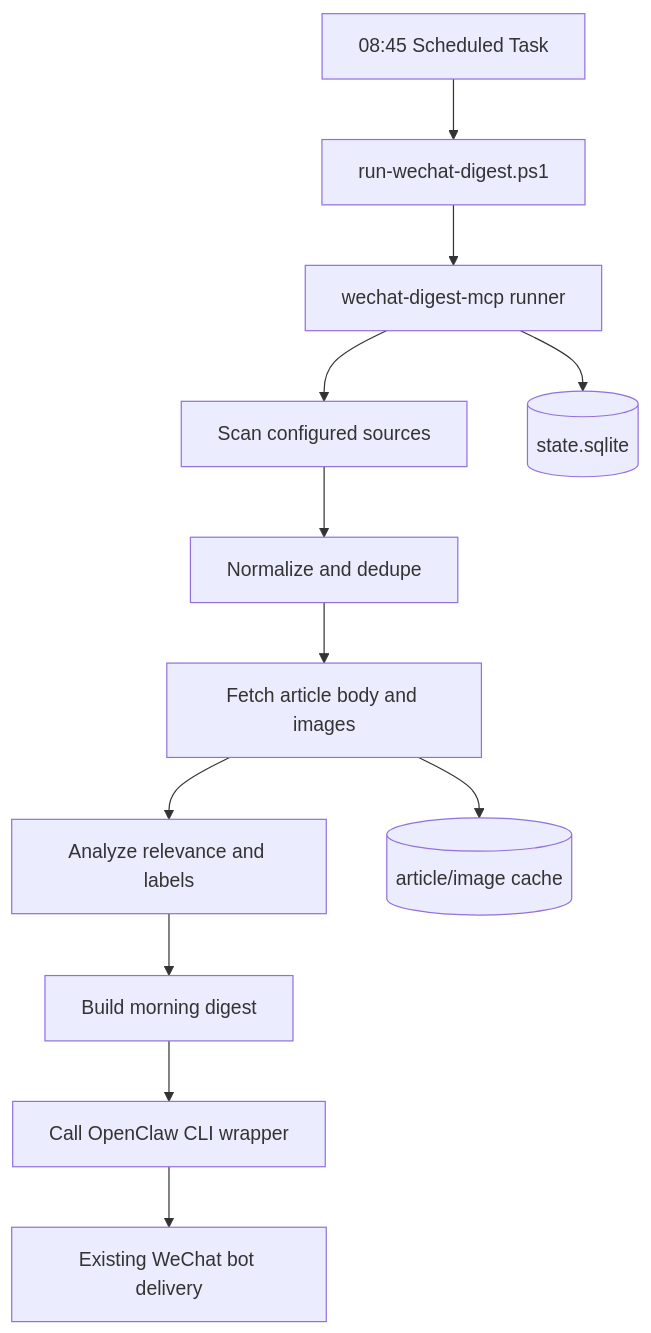
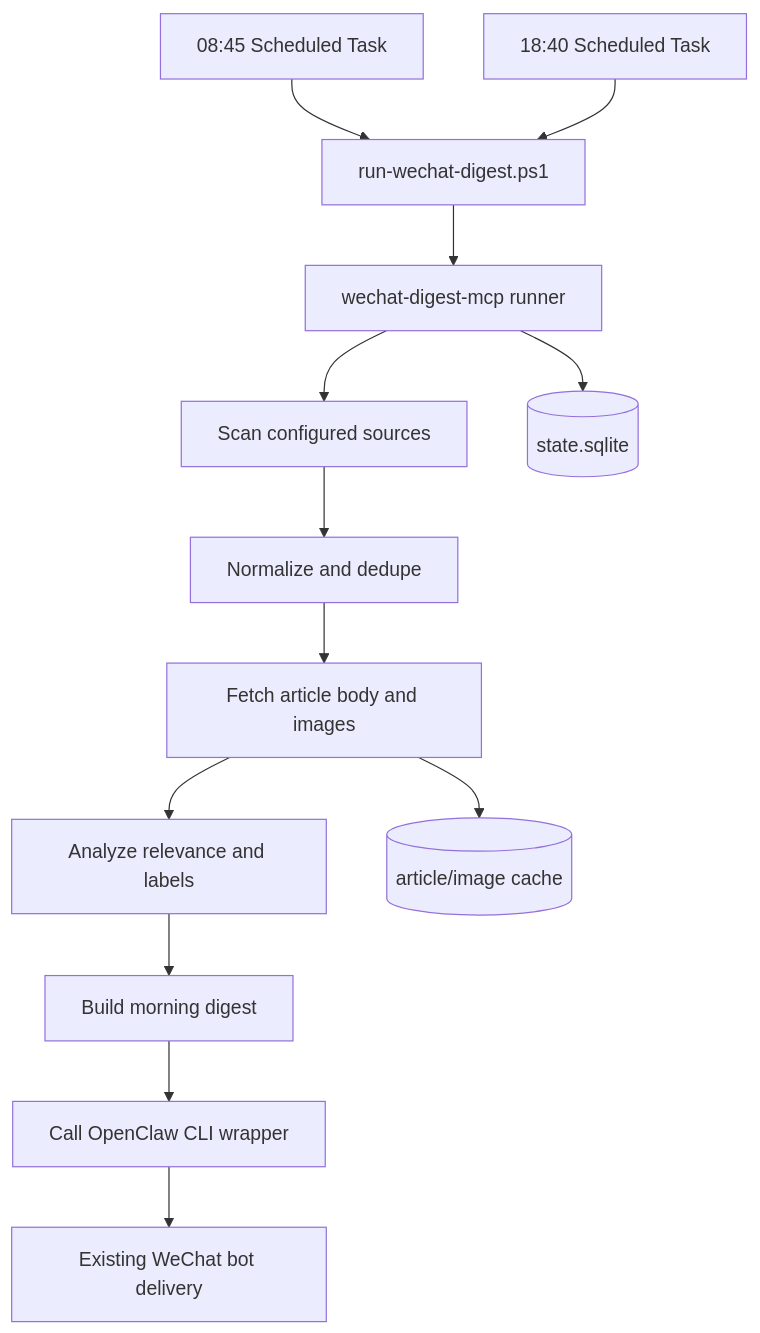
The diagram in ARCHITECTURE.md (AaronSong0505/self-mcp), drawn with Mermaid before and after one commit. The commit also changed other lines of this file and 2 other files, not shown here.

````diff
--- a/ARCHITECTURE.md
+++ b/ARCHITECTURE.md
@@ -23,14 +23,15 @@
 ```mermaid
 flowchart TD
     A[08:45 Scheduled Task] --> B[run-wechat-digest.ps1]
     B --> C[wechat-digest-mcp runner]
+    A2[18:40 Scheduled Task] --> B
     C --> D[Scan configured sources]
     D --> E[Normalize and dedupe]
     E --> F[Fetch article body and images]
     F --> G[Analyze relevance and labels]
     G --> H[Build morning digest]
     H --> I[Call OpenClaw CLI wrapper]
     I --> J[Existing WeChat bot delivery]
     C --> K[(state.sqlite)]
     F --> L[(article/image cache)]
 ```
````
